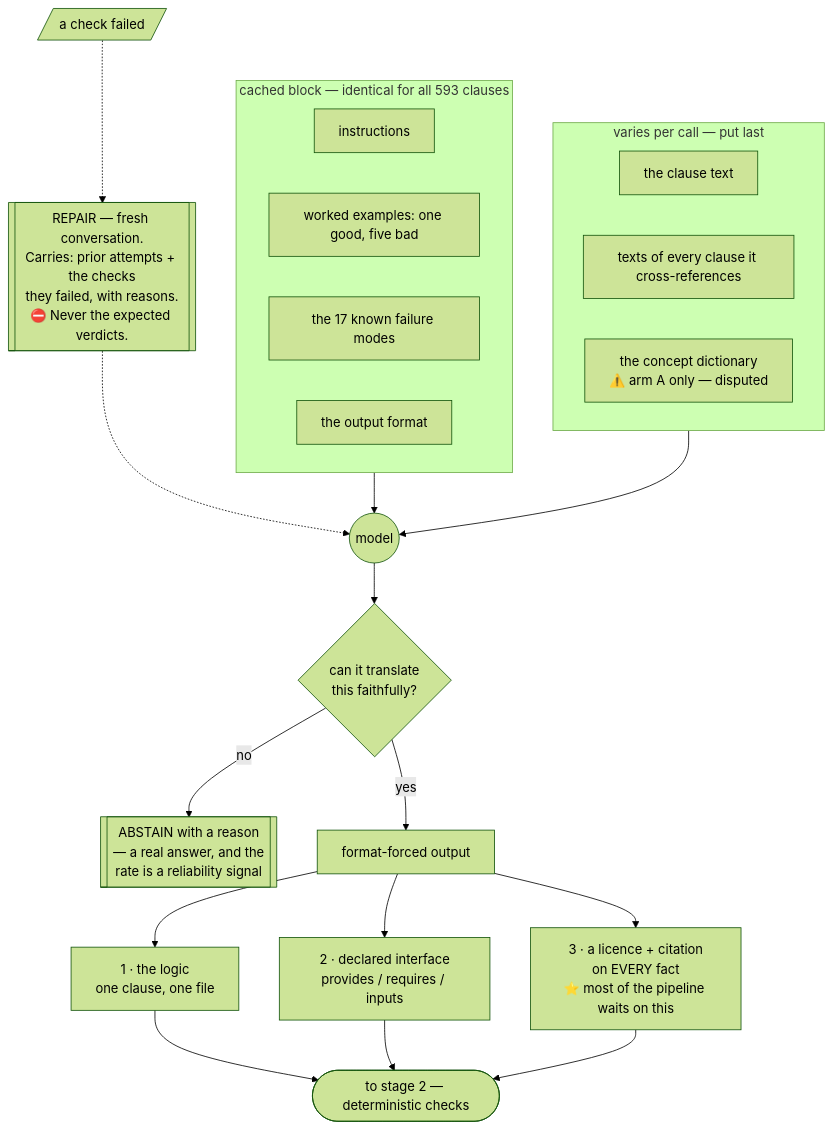
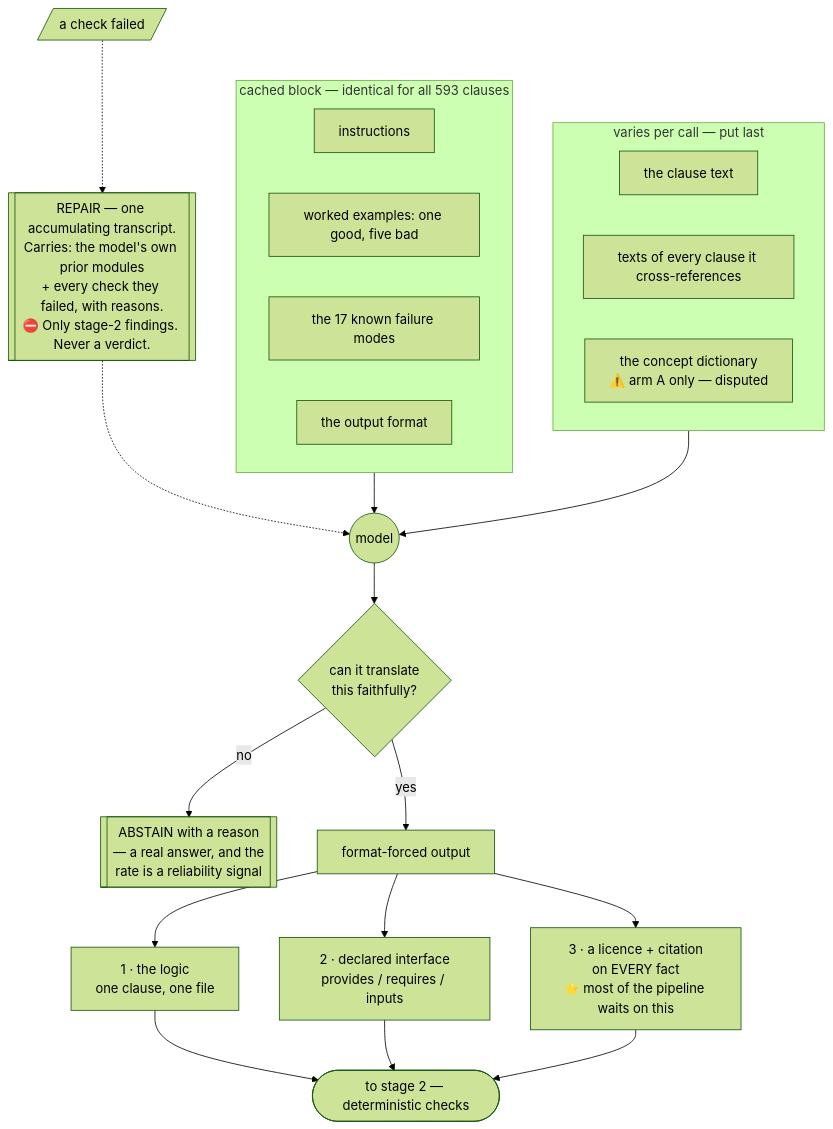
The second of 2 diagrams in walkthrough/resources/03_pipeline.md (MattStults/semi-formal-document-analysis), drawn with Mermaid (forest theme) before and after one commit. The commit also changed other lines of this file and 173 other files, not shown here.

First line of the commit message:
walkthrough: stage 1 + stage 2 running end to end, with the checks that grade them

````diff
--- a/walkthrough/resources/03_pipeline.md
+++ b/walkthrough/resources/03_pipeline.md
@@ -328,30 +328,30 @@
 ```mermaid
 flowchart TD
     subgraph FIXED["cached block — identical for all 593 clauses"]
       I1[instructions]
       I2[worked examples: one good, five bad]
       I3[the 17 known failure modes]
       I4[the output format]
     end
     subgraph VARY["varies per call — put last"]
       V1[the clause text]
       V2[texts of every clause it cross-references]
       V3["the concept dictionary<br/>⚠️ arm A only — disputed"]
     end
 
     FIXED --> M(( model ))
     VARY --> M
 
     M --> Q{can it translate<br/>this faithfully?}
     Q -->|no| AB[["ABSTAIN with a reason<br/>— a real answer, and the<br/>rate is a reliability signal"]]
 
     Q -->|yes| OUT[format-forced output]
     OUT --> O1[1 · the logic<br/>one clause, one file]
     OUT --> O2[2 · declared interface<br/>provides / requires / inputs]
     OUT --> O3["3 · a licence + citation<br/>on EVERY fact<br/>⭐ most of the pipeline waits on this"]
 
     O1 & O2 & O3 --> NEXT([to stage 2 — deterministic checks])
 
-    FAIL[/"a check failed"/] -.-> REP[["REPAIR — fresh conversation.<br/>Carries: prior attempts + the checks<br/>they failed, with reasons.<br/>⛔ Never the expected verdicts."]]
+    FAIL[/"a check failed"/] -.-> REP[["REPAIR — one accumulating transcript.<br/>Carries: the model's own prior modules<br/>+ every check they failed, with reasons.<br/>⛔ Only stage-2 findings. Never a verdict."]]
     REP -.-> M
 ```
````
